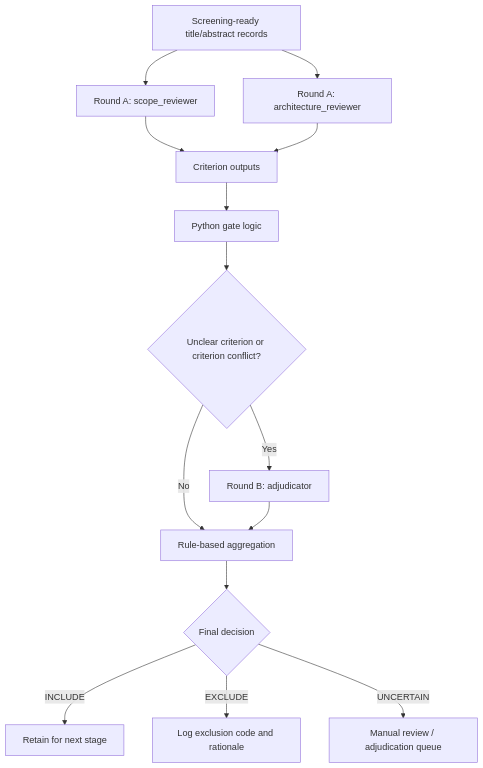
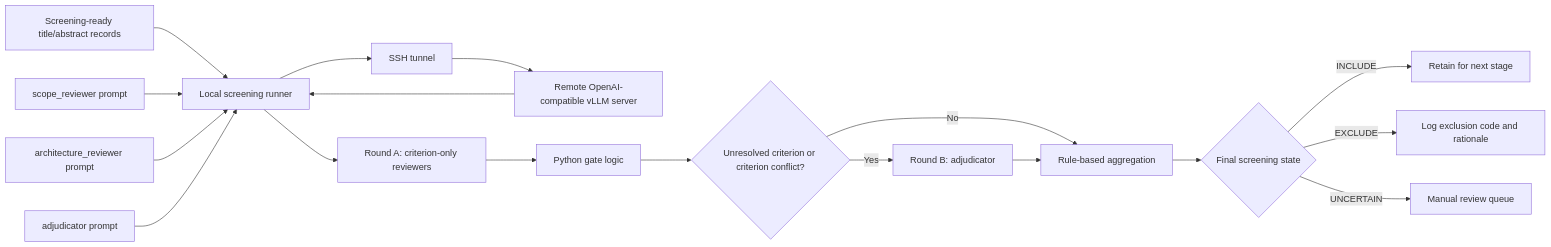
One commit to BogdanDidenko/text-bio-fundational-models-review changed the diagram in README.md. Above: the diagram before and after it, drawn with Mermaid. The commit also changed other lines of this file and 5 other files, not shown here.

Commit message:
Document local-remote BMC screening workflow

````diff
--- a/README.md
+++ b/README.md
@@ -68,16 +68,20 @@
 ```mermaid
-flowchart TD
-    A["Screening-ready title/abstract records"] --> B["Round A: scope_reviewer"]
-    A --> C["Round A: architecture_reviewer"]
-    B --> D["Criterion outputs"]
-    C --> D
-    D --> E["Python gate logic"]
-    E --> F{"Unclear criterion or criterion conflict?"}
-    F -- "No" --> G["Rule-based aggregation"]
-    F -- "Yes" --> H["Round B: adjudicator"]
-    H --> G
-    G --> I{"Final decision"}
-    I -- "INCLUDE" --> J["Retain for next stage"]
-    I -- "EXCLUDE" --> K["Log exclusion code and rationale"]
-    I -- "UNCERTAIN" --> L["Manual review / adjudication queue"]
+flowchart LR
+    A["Screening-ready title/abstract records"] --> B["Local screening runner"]
+    P1["scope_reviewer prompt"] --> B
+    P2["architecture_reviewer prompt"] --> B
+    P3["adjudicator prompt"] --> B
+    B --> T["SSH tunnel"]
+    T --> V["Remote OpenAI-compatible vLLM server"]
+    V --> B
+    B --> C["Round A: criterion-only reviewers"]
+    C --> D["Python gate logic"]
+    D --> E{"Unresolved criterion or criterion conflict?"}
+    E -- "No" --> F["Rule-based aggregation"]
+    E -- "Yes" --> G["Round B: adjudicator"]
+    G --> F
+    F --> H{"Final screening state"}
+    H -- "INCLUDE" --> I["Retain for next stage"]
+    H -- "EXCLUDE" --> J["Log exclusion code and rationale"]
+    H -- "UNCERTAIN" --> K["Manual review queue"]
 ```
````
